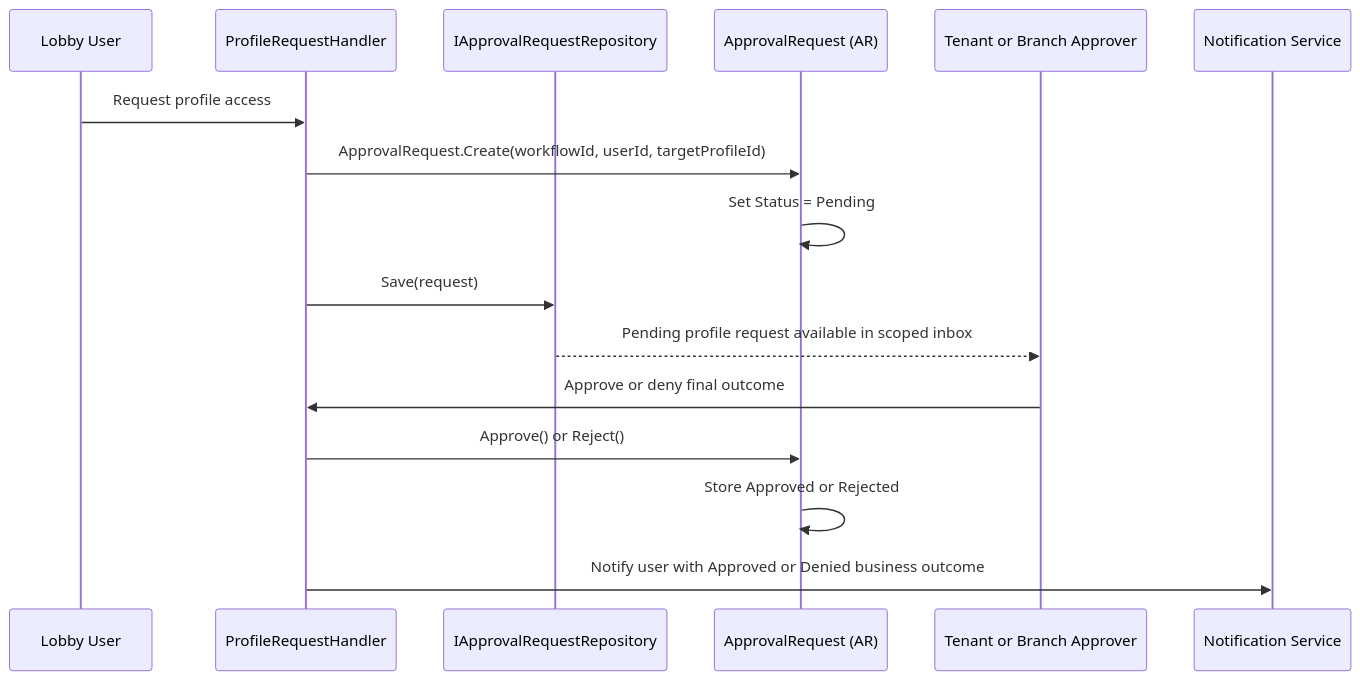
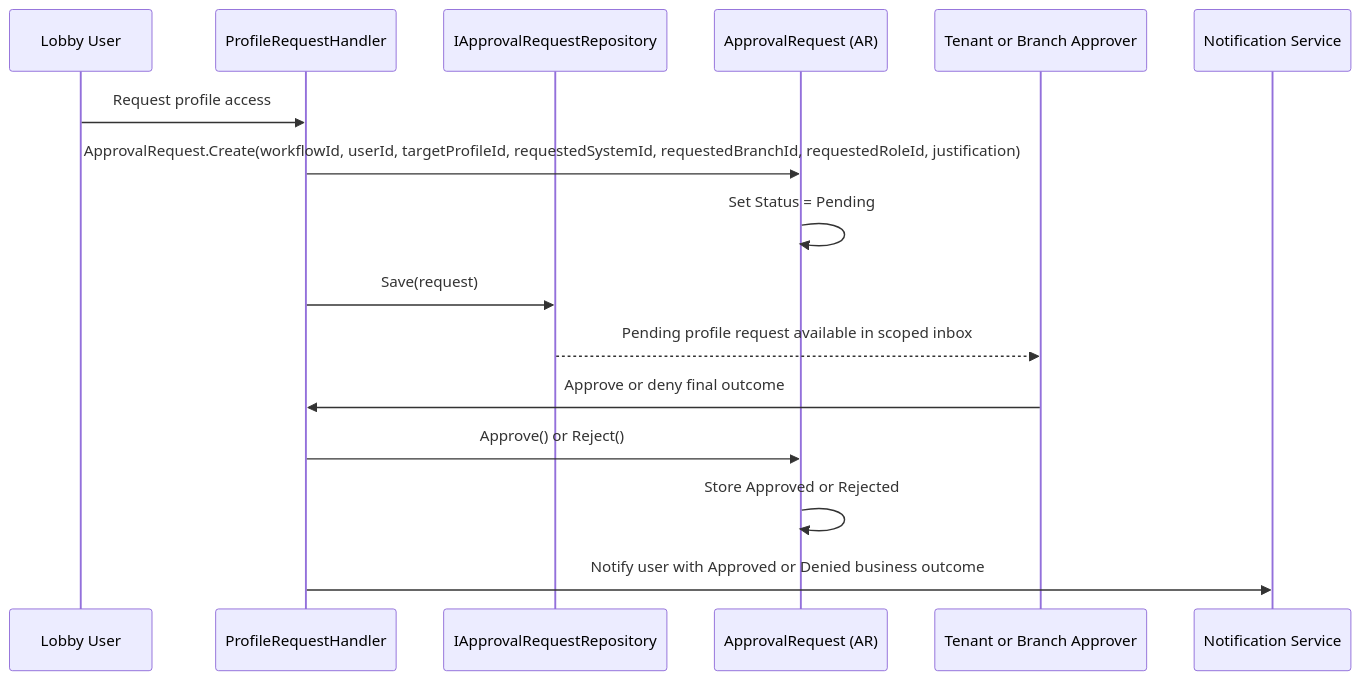
Before and after one commit to beyondnetcode/ums: the third of 4 diagrams in docs/domain/approvals/approval-request.md, drawn with Mermaid. The commit also changed other lines of this file and 17 other files, not shown here.

````diff
--- a/docs/domain/approvals/approval-request.md
+++ b/docs/domain/approvals/approval-request.md
@@ -133,19 +148,19 @@
 ```mermaid
 sequenceDiagram
     participant User as Lobby User
     participant H as ProfileRequestHandler
     participant R as IApprovalRequestRepository
     participant A as ApprovalRequest (AR)
     participant Admin as Tenant or Branch Approver
     participant Notify as Notification Service
 
     User->>H: Request profile access
-    H->>A: ApprovalRequest.Create(workflowId, userId, targetProfileId)
+    H->>A: ApprovalRequest.Create(workflowId, userId, targetProfileId, requestedSystemId, requestedBranchId, requestedRoleId, justification)
     A->>A: Set Status = Pending
     H->>R: Save(request)
     R-->>Admin: Pending profile request available in scoped inbox
     Admin->>H: Approve or deny final outcome
     H->>A: Approve() or Reject()
     A->>A: Store Approved or Rejected
     H->>Notify: Notify user with Approved or Denied business outcome
 ```
````
